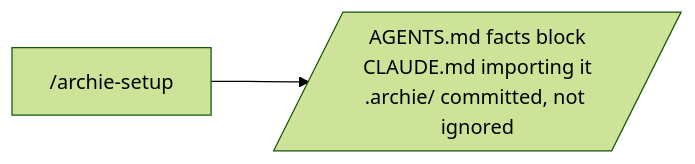
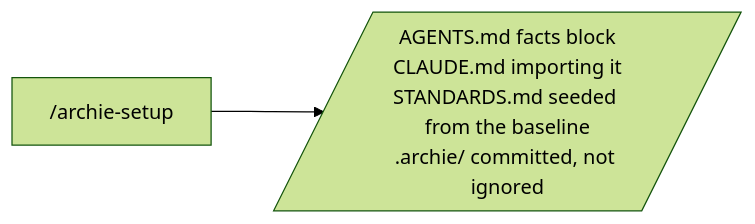
Before and after one commit to OvidiuGuta/archie-skills: the third of 6 diagrams in README.md, drawn with Mermaid (forest theme). The commit also changed other lines of this file and 16 other files, not shown here.

First line of the commit message:
Move the review's baseline rules into the repo's STANDARDS.md

````diff
--- a/README.md
+++ b/README.md
@@ -50,4 +50,4 @@
 ```mermaid
 flowchart LR
-  SU["/archie-setup"] --> F[/"AGENTS.md facts block<br/>CLAUDE.md importing it<br/>.archie/ committed, not ignored"/]
+  SU["/archie-setup"] --> F[/"AGENTS.md facts block<br/>CLAUDE.md importing it<br/>STANDARDS.md seeded from the baseline<br/>.archie/ committed, not ignored"/]
 ```
````
